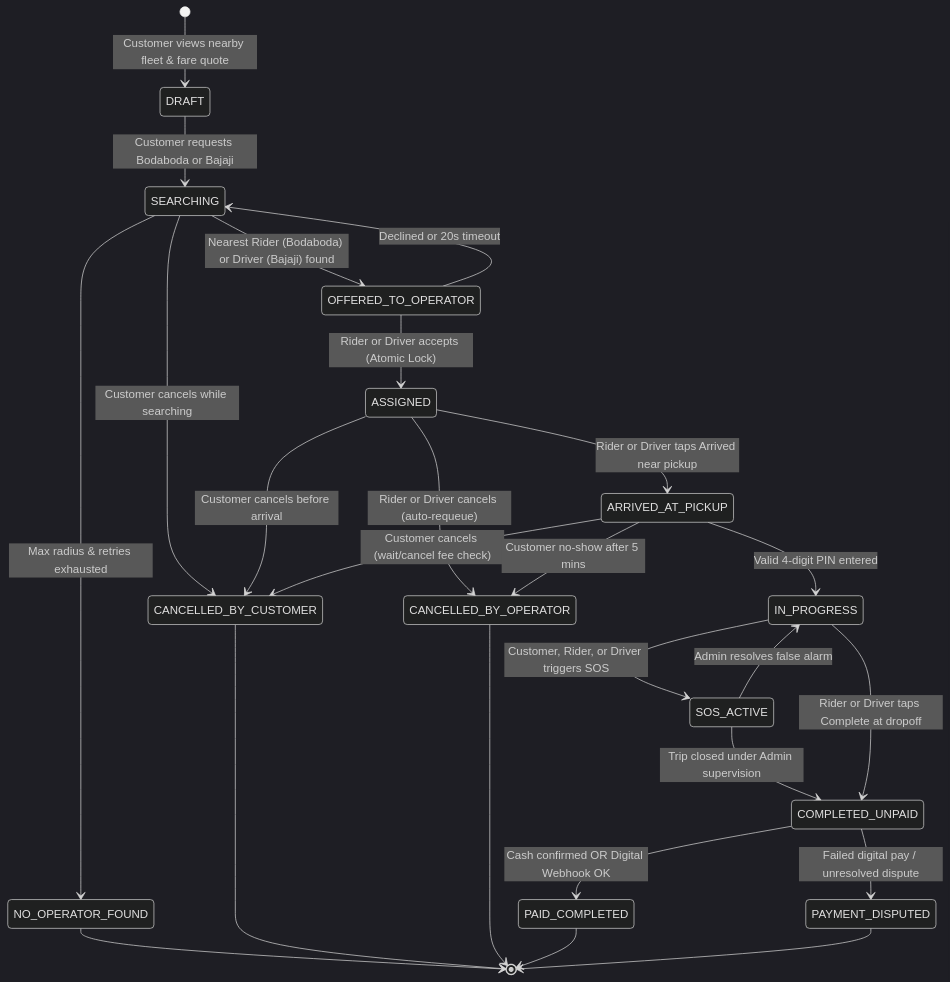
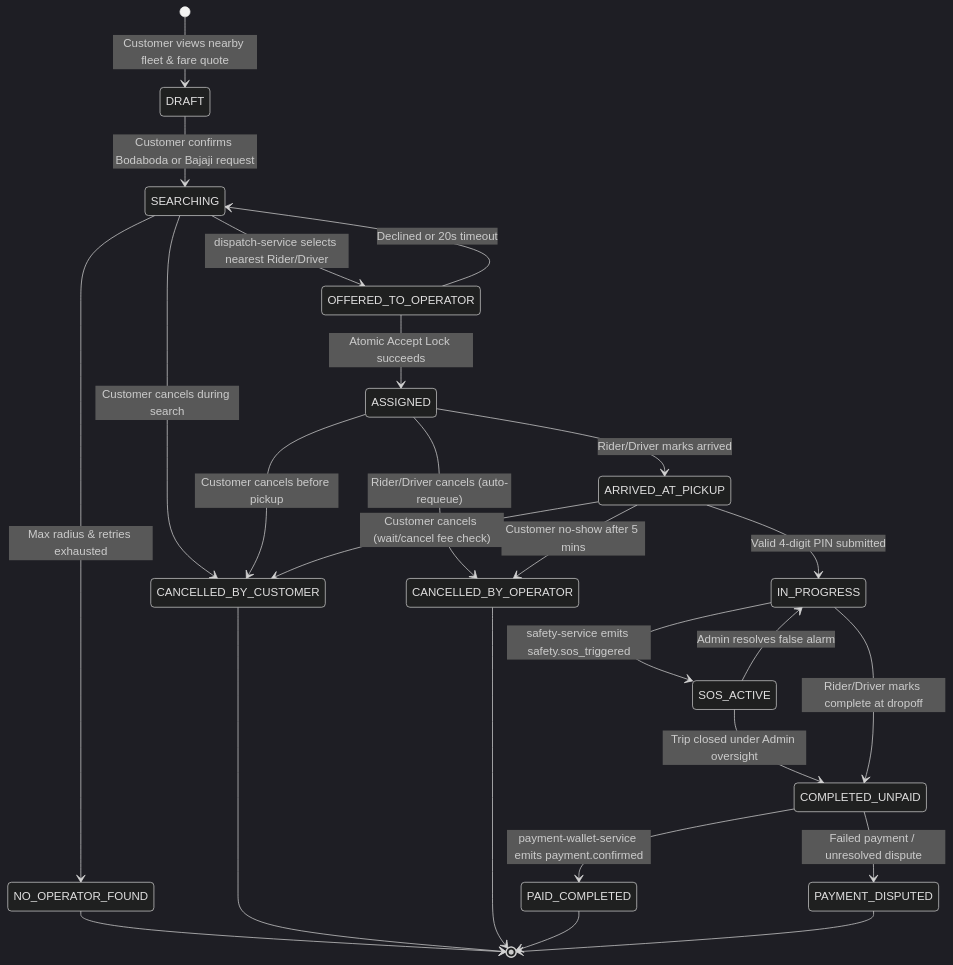
The third of 7 diagrams in app-flow.md (infaan-hub/go.boda), drawn with Mermaid (dark theme) before and after one commit. The commit also changed other lines of this file and 3 other files, not shown here.

Commit message:
docs: migrate Go.boda specs to 10-service microservice architecture

````diff
--- a/app-flow.md
+++ b/app-flow.md
@@ -120,33 +137,33 @@
 ```mermaid
 stateDiagram-v2
     [*] --> DRAFT: Customer views nearby fleet & fare quote
-    DRAFT --> SEARCHING: Customer requests Bodaboda or Bajaji
+    DRAFT --> SEARCHING: Customer confirms Bodaboda or Bajaji request
 
-    SEARCHING --> OFFERED_TO_OPERATOR: Nearest Rider (Bodaboda) or Driver (Bajaji) found
+    SEARCHING --> OFFERED_TO_OPERATOR: dispatch-service selects nearest Rider/Driver
     OFFERED_TO_OPERATOR --> SEARCHING: Declined or 20s timeout
     SEARCHING --> NO_OPERATOR_FOUND: Max radius & retries exhausted
-    SEARCHING --> CANCELLED_BY_CUSTOMER: Customer cancels while searching
+    SEARCHING --> CANCELLED_BY_CUSTOMER: Customer cancels during search
 
-    OFFERED_TO_OPERATOR --> ASSIGNED: Rider or Driver accepts (Atomic Lock)
-    ASSIGNED --> CANCELLED_BY_CUSTOMER: Customer cancels before arrival
-    ASSIGNED --> CANCELLED_BY_OPERATOR: Rider or Driver cancels (auto-requeue)
-    ASSIGNED --> ARRIVED_AT_PICKUP: Rider or Driver taps Arrived near pickup
+    OFFERED_TO_OPERATOR --> ASSIGNED: Atomic Accept Lock succeeds
+    ASSIGNED --> CANCELLED_BY_CUSTOMER: Customer cancels before pickup
+    ASSIGNED --> CANCELLED_BY_OPERATOR: Rider/Driver cancels (auto-requeue)
+    ASSIGNED --> ARRIVED_AT_PICKUP: Rider/Driver marks arrived
 
-    ARRIVED_AT_PICKUP --> IN_PROGRESS: Valid 4-digit PIN entered
+    ARRIVED_AT_PICKUP --> IN_PROGRESS: Valid 4-digit PIN submitted
     ARRIVED_AT_PICKUP --> CANCELLED_BY_CUSTOMER: Customer cancels (wait/cancel fee check)
     ARRIVED_AT_PICKUP --> CANCELLED_BY_OPERATOR: Customer no-show after 5 mins
 
-    IN_PROGRESS --> SOS_ACTIVE: Customer, Rider, or Driver triggers SOS
+    IN_PROGRESS --> SOS_ACTIVE: safety-service emits safety.sos_triggered
     SOS_ACTIVE --> IN_PROGRESS: Admin resolves false alarm
-    SOS_ACTIVE --> COMPLETED_UNPAID: Trip closed under Admin supervision
+    SOS_ACTIVE --> COMPLETED_UNPAID: Trip closed under Admin oversight
 
-    IN_PROGRESS --> COMPLETED_UNPAID: Rider or Driver taps Complete at dropoff
-    COMPLETED_UNPAID --> PAID_COMPLETED: Cash confirmed OR Digital Webhook OK
-    COMPLETED_UNPAID --> PAYMENT_DISPUTED: Failed digital pay / unresolved dispute
+    IN_PROGRESS --> COMPLETED_UNPAID: Rider/Driver marks complete at dropoff
+    COMPLETED_UNPAID --> PAID_COMPLETED: payment-wallet-service emits payment.confirmed
+    COMPLETED_UNPAID --> PAYMENT_DISPUTED: Failed payment / unresolved dispute
 
     NO_OPERATOR_FOUND --> [*]
     CANCELLED_BY_CUSTOMER --> [*]
     CANCELLED_BY_OPERATOR --> [*]
     PAID_COMPLETED --> [*]
     PAYMENT_DISPUTED --> [*]
 ```
````
